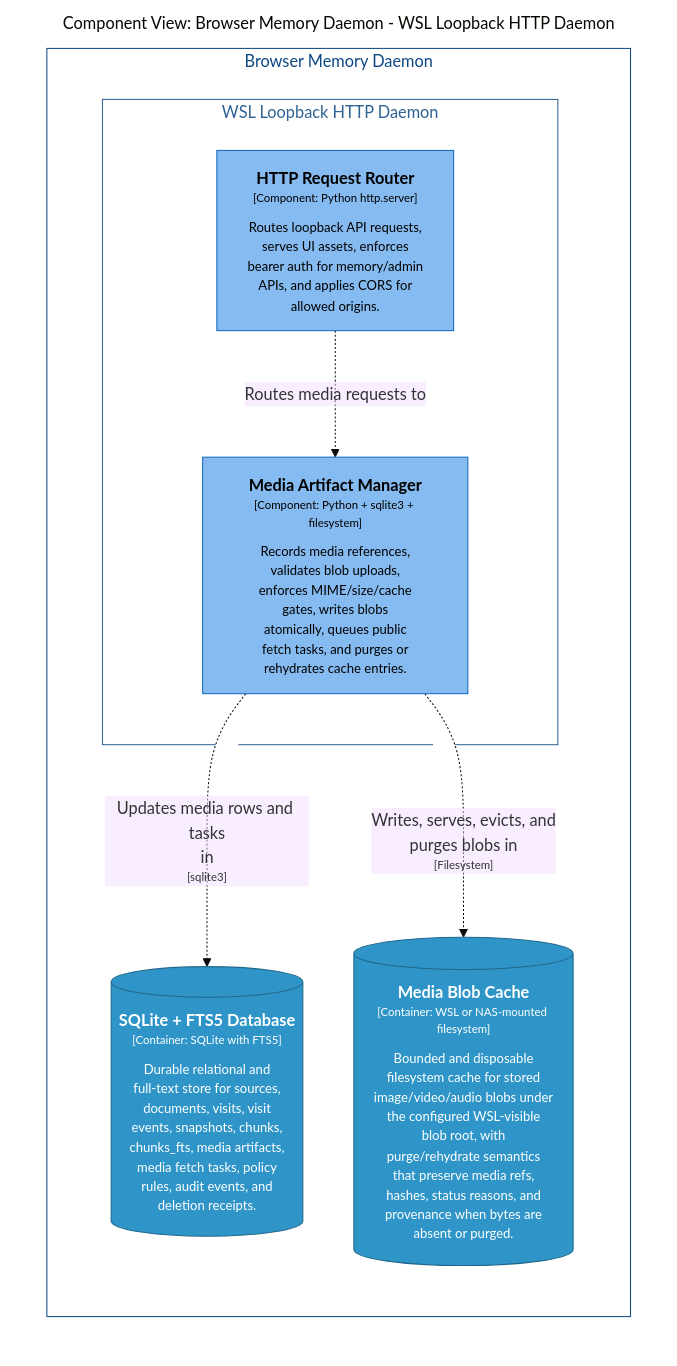
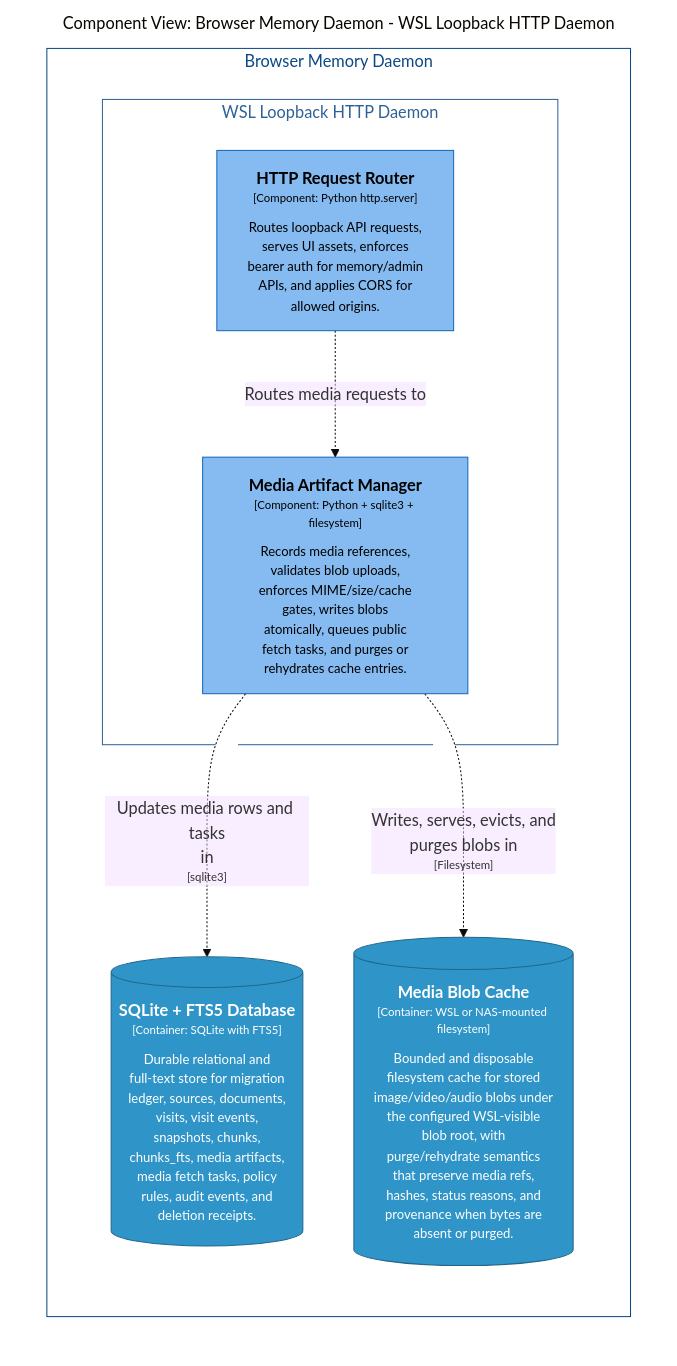
The diagram in docs/architecture/diagrams/markdown/DaemonMediaComponents.md (michaelnicks0/browser-memory-daemon), drawn with Mermaid (base theme) before and after one commit. The commit also changed 180 other files, not shown here.

Commit message:
feat(db): add versioned migration ledger and compatibility checks

````diff
--- a/docs/architecture/diagrams/markdown/DaemonMediaComponents.md
+++ b/docs/architecture/diagrams/markdown/DaemonMediaComponents.md
@@ -16,31 +16,31 @@
 ```mermaid
 graph LR
   linkStyle default fill:#ffffff
 
   subgraph diagram ["Component View: Browser Memory Daemon - WSL Loopback HTTP Daemon"]
     style diagram fill:#ffffff,stroke:#ffffff
 
     subgraph 4 ["Browser Memory Daemon"]
       style 4 fill:#ffffff,stroke:#0b4884,color:#0b4884
 
       subgraph 14 ["WSL Loopback HTTP Daemon"]
         style 14 fill:#ffffff,stroke:#2e6295,color:#2e6295
 
         15["<div style='font-weight: bold'>HTTP Request Router</div><div style='font-size: 70%; margin-top: 0px'>[Component: Python http.server]</div><div style='font-size: 80%; margin-top:10px'>Routes loopback API requests,<br />serves UI assets, enforces<br />bearer auth for memory/admin<br />APIs, and applies CORS for<br />allowed origins.</div>"]
         style 15 fill:#85bbf0,stroke:#1168bd,color:#000000
-        20["<div style='font-weight: bold'>Media Artifact Manager</div><div style='font-size: 70%; margin-top: 0px'>[Component: Python + sqlite3 + filesystem]</div><div style='font-size: 80%; margin-top:10px'>Records media references,<br />validates blob uploads,<br />enforces MIME/size/cache<br />gates, writes blobs<br />atomically, queues public<br />fetch tasks, and purges or<br />rehydrates cache entries.</div>"]
-        style 20 fill:#85bbf0,stroke:#1168bd,color:#000000
+        21["<div style='font-weight: bold'>Media Artifact Manager</div><div style='font-size: 70%; margin-top: 0px'>[Component: Python + sqlite3 + filesystem]</div><div style='font-size: 80%; margin-top:10px'>Records media references,<br />validates blob uploads,<br />enforces MIME/size/cache<br />gates, writes blobs<br />atomically, queues public<br />fetch tasks, and purges or<br />rehydrates cache entries.</div>"]
+        style 21 fill:#85bbf0,stroke:#1168bd,color:#000000
       end
 
-      27[("<div style='font-weight: bold'>SQLite + FTS5 Database</div><div style='font-size: 70%; margin-top: 0px'>[Container: SQLite with FTS5]</div><div style='font-size: 80%; margin-top:10px'>Durable relational and<br />full-text store for sources,<br />documents, visits, visit<br />events, snapshots, chunks,<br />chunks_fts, media artifacts,<br />media fetch tasks, policy<br />rules, audit events, and<br />deletion receipts.</div>")]
-      style 27 fill:#2f95c8,stroke:#20688c,color:#ffffff
-      29[("<div style='font-weight: bold'>Media Blob Cache</div><div style='font-size: 70%; margin-top: 0px'>[Container: WSL or NAS-mounted filesystem]</div><div style='font-size: 80%; margin-top:10px'>Bounded and disposable<br />filesystem cache for stored<br />image/video/audio blobs under<br />the configured WSL-visible<br />blob root, with<br />purge/rehydrate semantics<br />that preserve media refs,<br />hashes, status reasons, and<br />provenance when bytes are<br />absent or purged.</div>")]
-      style 29 fill:#2f95c8,stroke:#20688c,color:#ffffff
+      28[("<div style='font-weight: bold'>SQLite + FTS5 Database</div><div style='font-size: 70%; margin-top: 0px'>[Container: SQLite with FTS5]</div><div style='font-size: 80%; margin-top:10px'>Durable relational and<br />full-text store for migration<br />ledger, sources, documents,<br />visits, visit events,<br />snapshots, chunks,<br />chunks_fts, media artifacts,<br />media fetch tasks, policy<br />rules, audit events, and<br />deletion receipts.</div>")]
+      style 28 fill:#2f95c8,stroke:#20688c,color:#ffffff
+      30[("<div style='font-weight: bold'>Media Blob Cache</div><div style='font-size: 70%; margin-top: 0px'>[Container: WSL or NAS-mounted filesystem]</div><div style='font-size: 80%; margin-top:10px'>Bounded and disposable<br />filesystem cache for stored<br />image/video/audio blobs under<br />the configured WSL-visible<br />blob root, with<br />purge/rehydrate semantics<br />that preserve media refs,<br />hashes, status reasons, and<br />provenance when bytes are<br />absent or purged.</div>")]
+      style 30 fill:#2f95c8,stroke:#20688c,color:#ffffff
     end
 
-    15-. "<div>Routes media requests to</div><div style='font-size: 70%'></div>" .->20
-    20-. "<div>Updates media rows and tasks<br />in</div><div style='font-size: 70%'>[sqlite3]</div>" .->27
-    20-. "<div>Writes, serves, evicts, and<br />purges blobs in</div><div style='font-size: 70%'>[Filesystem]</div>" .->29
+    15-. "<div>Routes media requests to</div><div style='font-size: 70%'></div>" .->21
+    21-. "<div>Updates media rows and tasks<br />in</div><div style='font-size: 70%'>[sqlite3]</div>" .->28
+    21-. "<div>Writes, serves, evicts, and<br />purges blobs in</div><div style='font-size: 70%'>[Filesystem]</div>" .->30
 
   end
 ```
````
